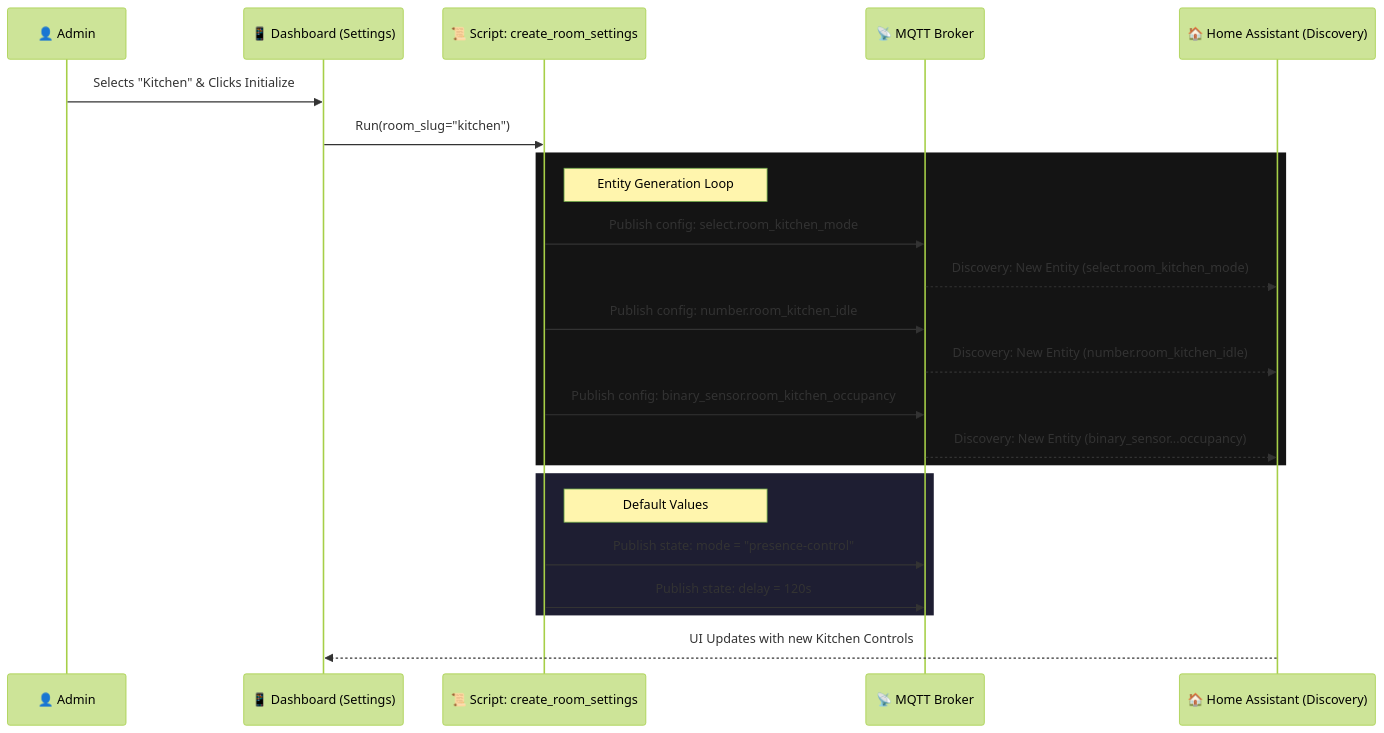
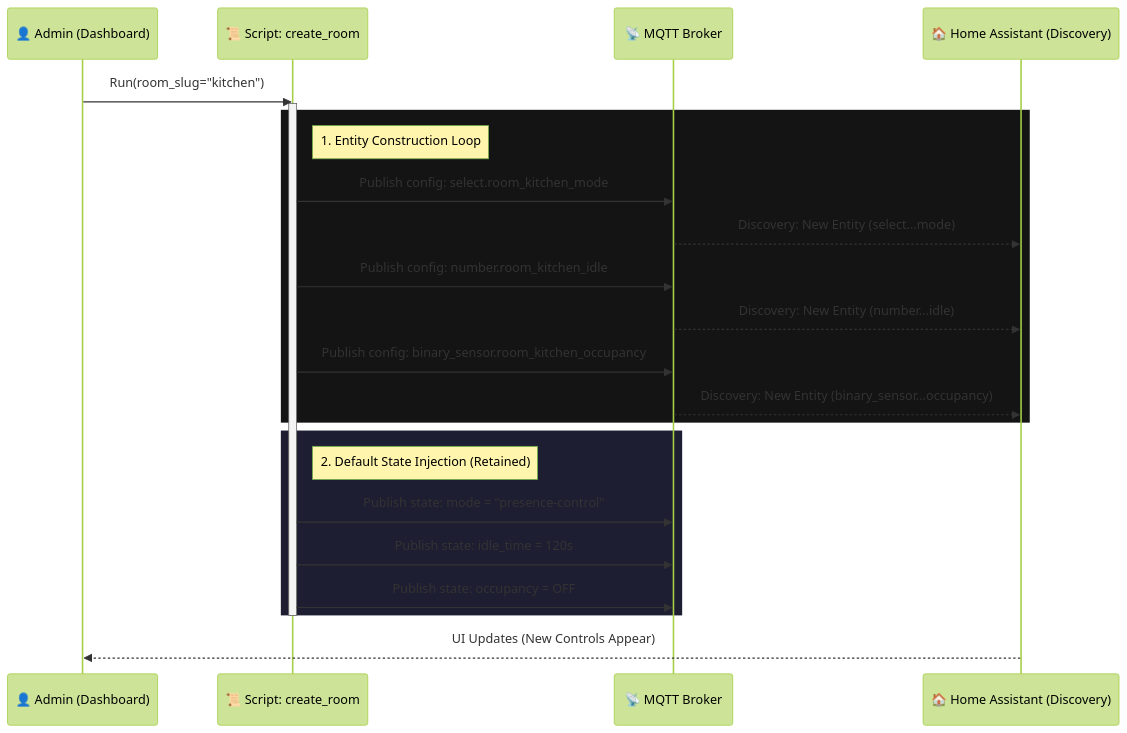
One commit to EvisHome/EvisHomeLab changed the diagram in docs/smart-home/packages/room_manager.md. Above: the diagram before and after it, drawn with Mermaid (forest theme). The commit also changed other lines of this file, not shown here.

Commit message:
Docs: Update Room Manager (Summary, Mermaid, Dashboards)

````diff
--- a/docs/smart-home/packages/room_manager.md
+++ b/docs/smart-home/packages/room_manager.md
@@ -56,29 +181,30 @@
 ```mermaid
 sequenceDiagram
-    participant Admin as 👤 Admin
-    participant Dash as 📱 Dashboard (Settings)
-    participant Script as 📜 Script: create_room_settings
+    participant User as 👤 Admin (Dashboard)
+    participant Script as 📜 Script: create_room
     participant MQTT as 📡 MQTT Broker
     participant HA as 🏠 Home Assistant (Discovery)
 
-    Admin->>Dash: Selects "Kitchen" & Clicks Initialize
-    Dash->>Script: Run(room_slug="kitchen")
+    User->>Script: Run(room_slug="kitchen")
+    activate Script
     
     rect rgb(20, 20, 20)
-    note right of Script: Entity Generation Loop
-    Script->>MQTT: Publish config: select.room_kitchen_mode
-    MQTT-->>HA: Discovery: New Entity (select.room_kitchen_mode)
-    Script->>MQTT: Publish config: number.room_kitchen_idle
-    MQTT-->>HA: Discovery: New Entity (number.room_kitchen_idle)
-    Script->>MQTT: Publish config: binary_sensor.room_kitchen_occupancy
-    MQTT-->>HA: Discovery: New Entity (binary_sensor...occupancy)
+        note right of Script: 1. Entity Construction Loop
+        Script->>MQTT: Publish config: select.room_kitchen_mode
+        MQTT-->>HA: Discovery: New Entity (select...mode)
+        Script->>MQTT: Publish config: number.room_kitchen_idle
+        MQTT-->>HA: Discovery: New Entity (number...idle)
+        Script->>MQTT: Publish config: binary_sensor.room_kitchen_occupancy
+        MQTT-->>HA: Discovery: New Entity (binary_sensor...occupancy)
     end
 
     rect rgb(30, 30, 50)
-    note right of Script: Default Values
-    Script->>MQTT: Publish state: mode = "presence-control"
-    Script->>MQTT: Publish state: delay = 120s
+        note right of Script: 2. Default State Injection (Retained)
+        Script->>MQTT: Publish state: mode = "presence-control"
+        Script->>MQTT: Publish state: idle_time = 120s
+        Script->>MQTT: Publish state: occupancy = OFF
     end
     
-    HA-->>Dash: UI Updates with new Kitchen Controls
+    deactivate Script
+    HA-->>User: UI Updates (New Controls Appear)
 ```
````
